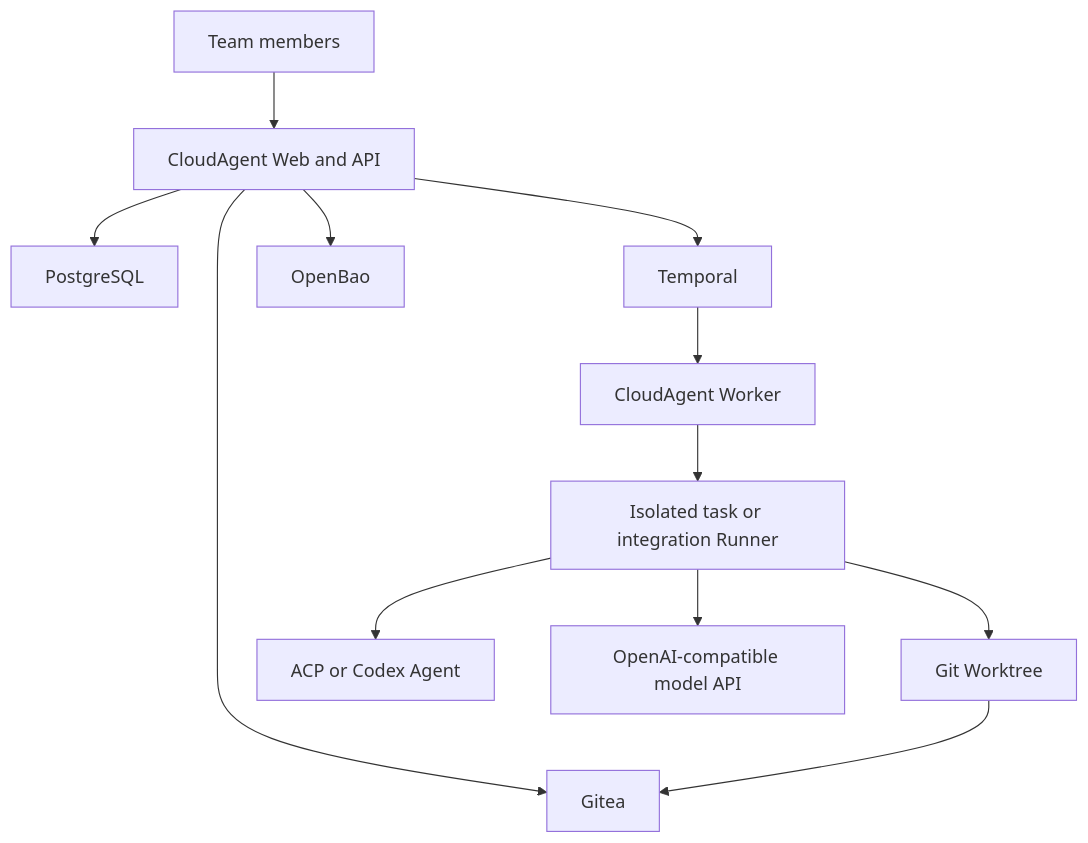
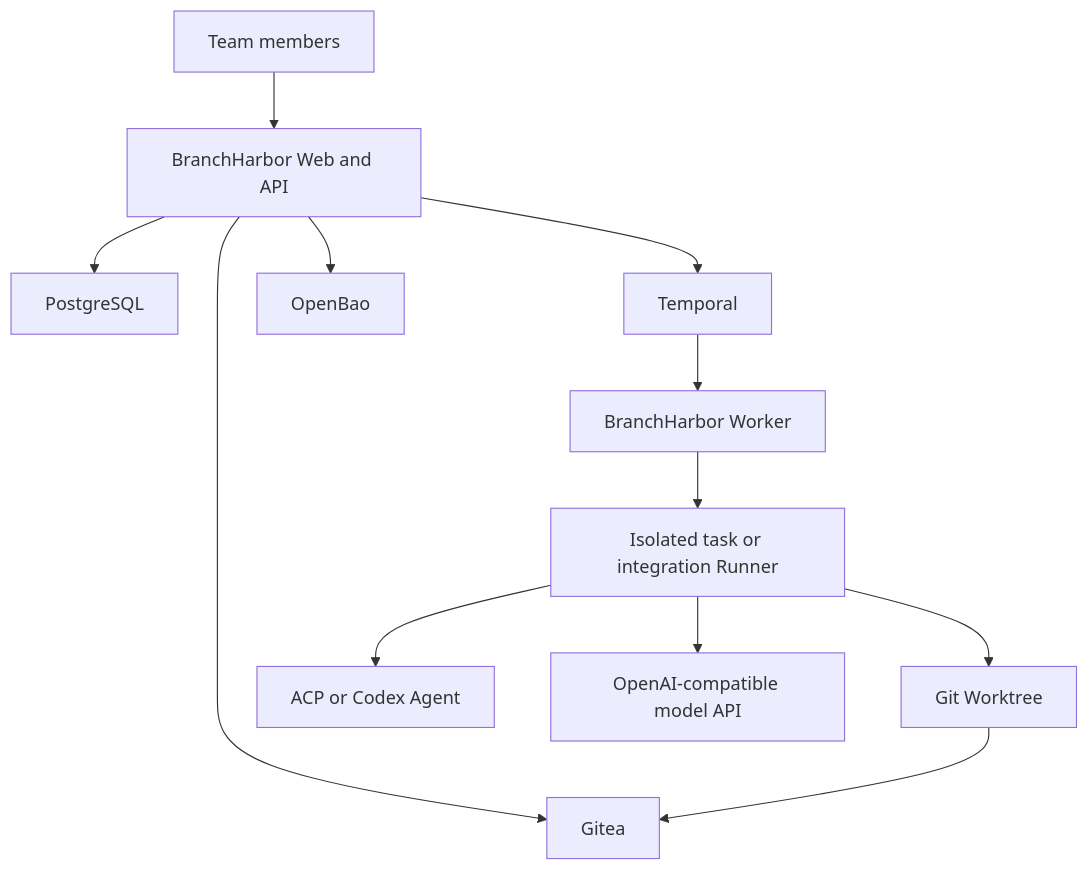
One commit to zackxie-ai/BranchHarbor changed the diagram in README.md. Above: the diagram before and after it, drawn with Mermaid. The commit also changed other lines of this file and 78 other files, not shown here.

Commit message:
Rename project to BranchHarbor

````diff
--- a/README.md
+++ b/README.md
@@ -27,14 +27,14 @@
 ```mermaid
 flowchart TD
-  U["Team members"] --> CP["CloudAgent Web and API"]
+  U["Team members"] --> CP["BranchHarbor Web and API"]
   CP --> PG["PostgreSQL"]
   CP --> GT["Gitea"]
   CP --> OB["OpenBao"]
   CP --> TP["Temporal"]
-  TP --> WK["CloudAgent Worker"]
+  TP --> WK["BranchHarbor Worker"]
   WK --> RN["Isolated task or integration Runner"]
   RN --> AG["ACP or Codex Agent"]
   RN --> API["OpenAI-compatible model API"]
   RN --> WT["Git Worktree"]
   WT --> GT
 ```
````
